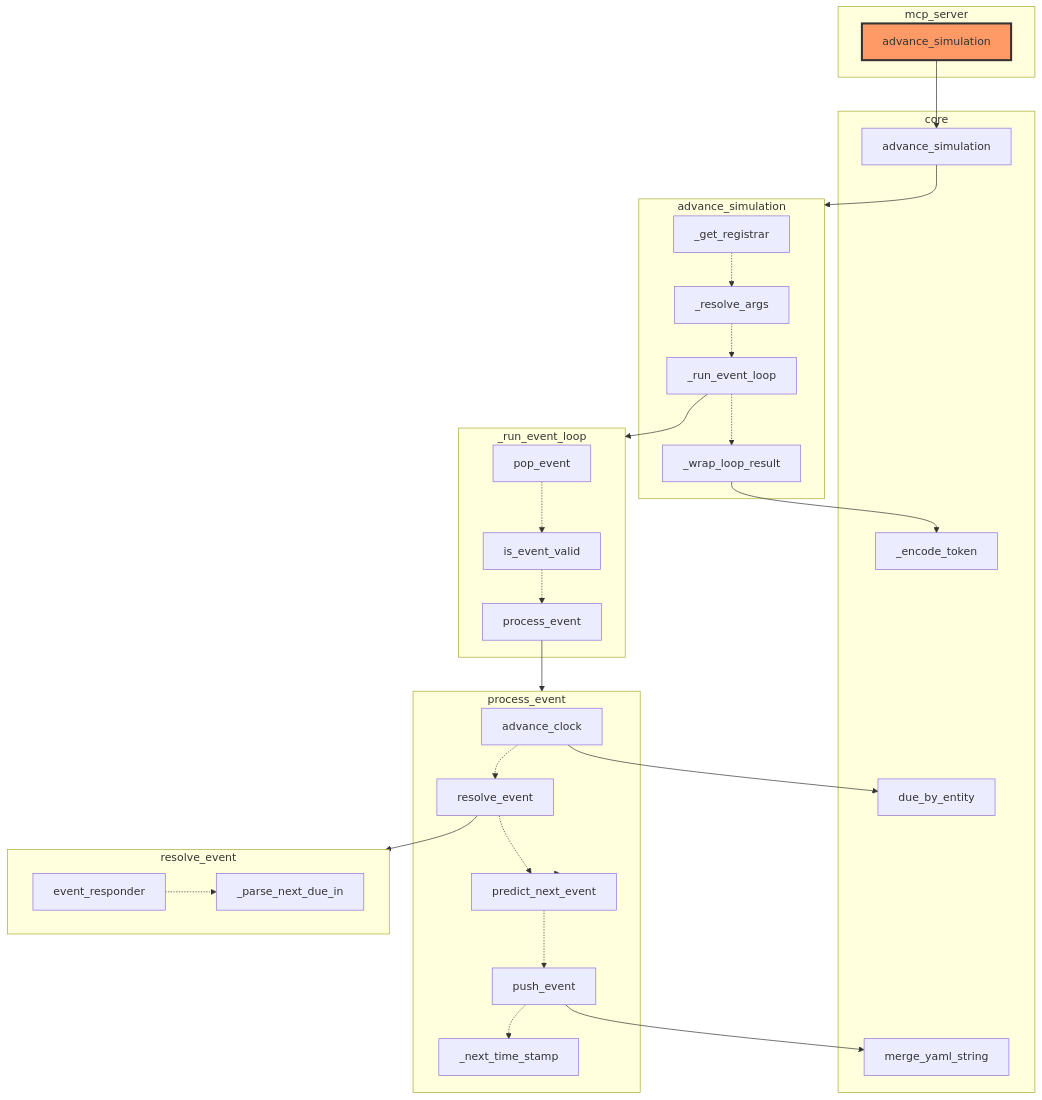
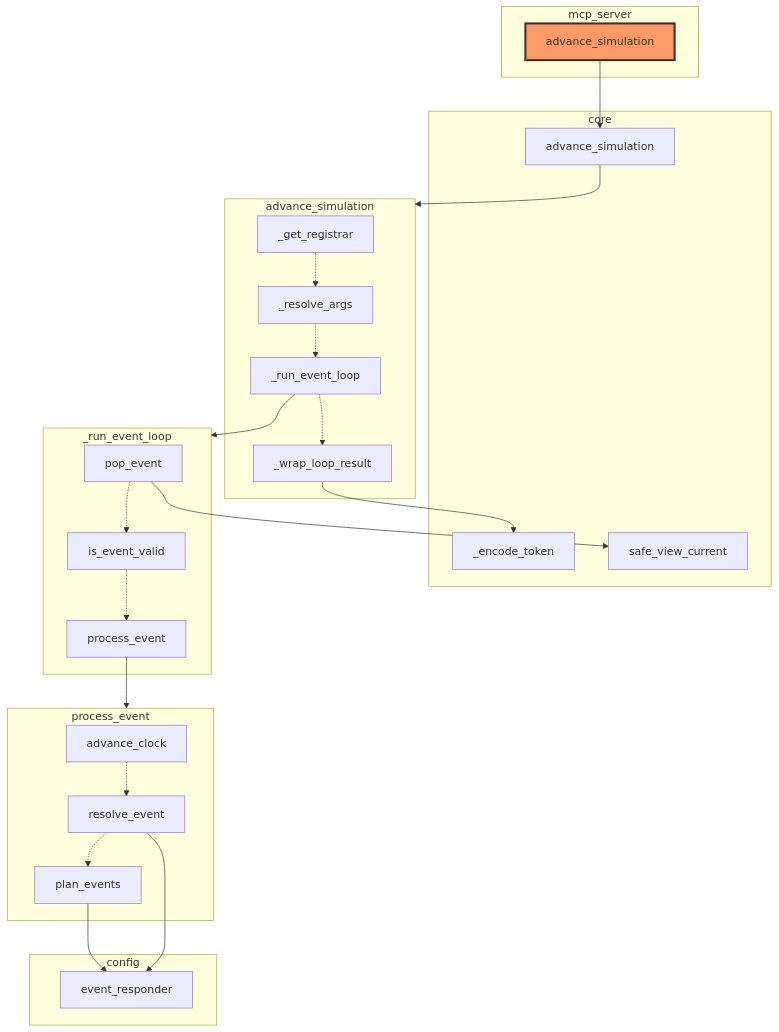
One commit to zhafen/story-simulator changed the diagram in docs/architecture/advance_simulation.md. Above: the diagram before and after it, drawn with Mermaid. The commit also changed other lines of this file and 6 other files, not shown here.

````diff
--- a/docs/architecture/advance_simulation.md
+++ b/docs/architecture/advance_simulation.md
@@ -51,55 +5,47 @@
 ```mermaid
 flowchart TB
-    subgraph sg0["core"]
+    subgraph sg0["config"]
+        n14["event_responder"]
+    end
+    subgraph sg1["core"]
         n1["advance_simulation"]
         n6["_encode_token"]
-        n15["merge_yaml_string"]
-        n16["due_by_entity"]
+        n13["safe_view_current"]
     end
-    subgraph sg1["mcp_server"]
+    subgraph sg2["mcp_server"]
         n0["advance_simulation"]
     end
     subgraph seq1["advance_simulation"]
         n4["_get_registrar"]
         n5["_resolve_args"]
         n3["_run_event_loop"]
         n2["_wrap_loop_result"]
         n4 -.-> n5
         n5 -.-> n3
         n3 -.-> n2
     end
     subgraph seq3["_run_event_loop"]
         n9["pop_event"]
         n7["is_event_valid"]
         n8["process_event"]
         n9 -.-> n7
         n7 -.-> n8
     end
     subgraph seq4["process_event"]
-        n13["advance_clock"]
-        n14["resolve_event"]
-        n11["predict_next_event"]
-        n12["push_event"]
-        n10["_next_time_stamp"]
-        n13 -.-> n14
-        n14 -.-> n11
+        n11["advance_clock"]
+        n12["resolve_event"]
+        n10["plan_events"]
         n11 -.-> n12
         n12 -.-> n10
-    end
-    subgraph seq8["resolve_event"]
-        n18["event_responder"]
-        n17["_parse_next_due_in"]
-        n18 -.-> n17
     end
     n0 --> n1
     n1 --> seq1
     n2 --> n6
     n3 --> seq3
     n8 --> seq4
-    n11 --> seq4
-    n12 --> n15
-    n13 --> n16
-    n14 --> seq8
+    n9 --> n13
+    n10 --> n14
+    n12 --> n14
     class n0 rootNode
     classDef rootNode fill:#f96,stroke:#333,stroke-width:3px
 ```
````
